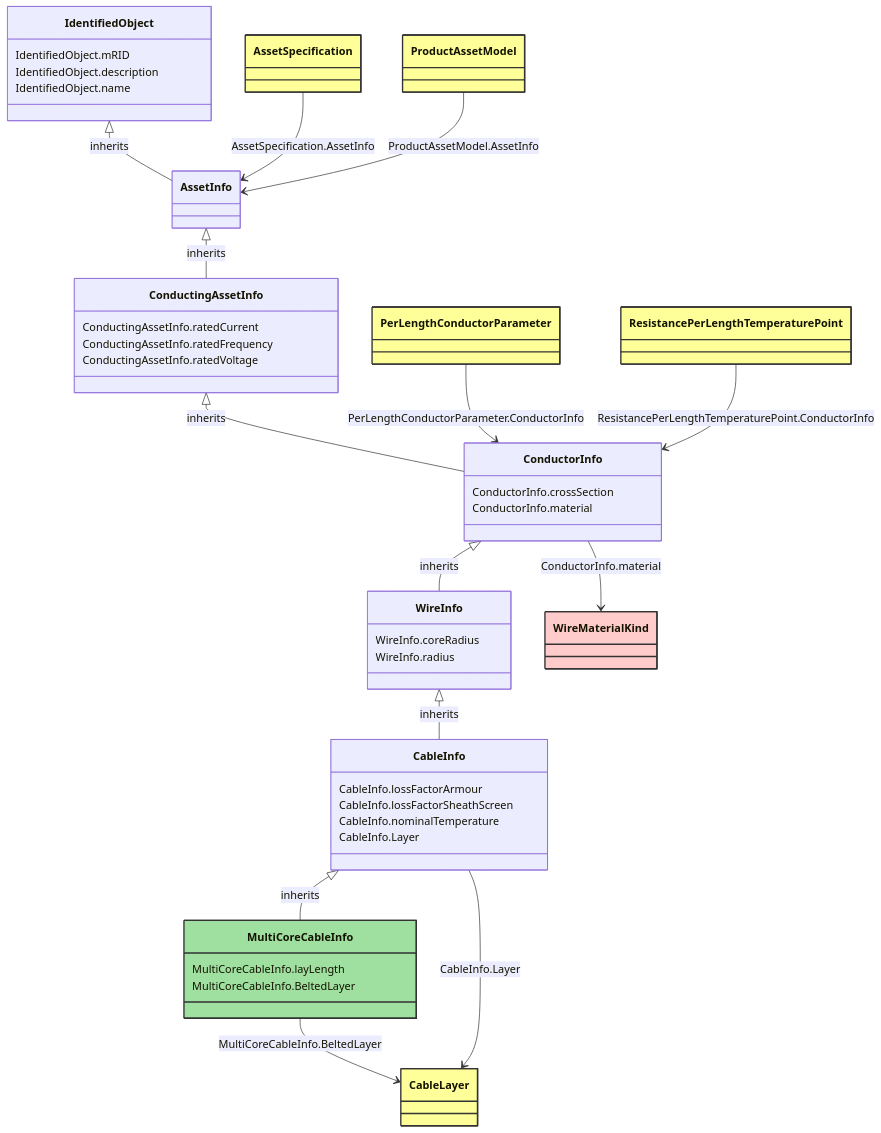
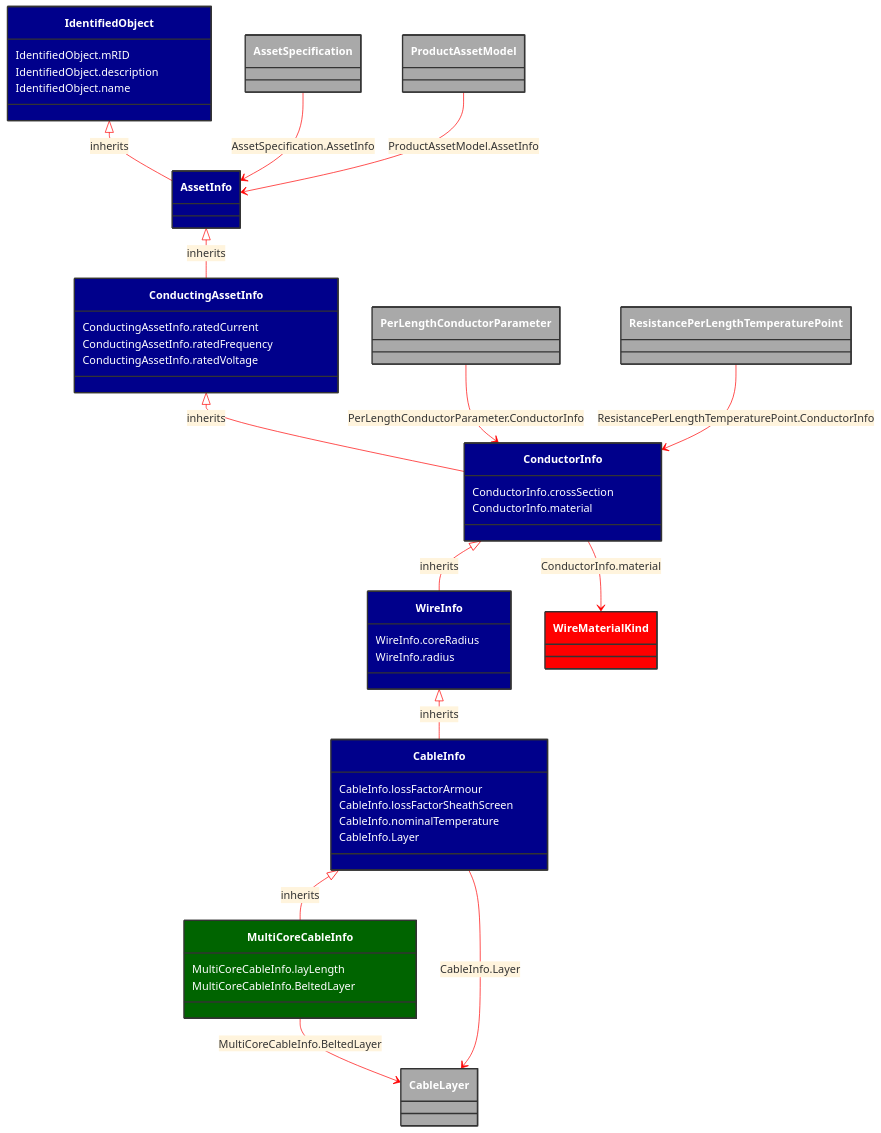
Before and after one commit to 3lbits/NoCIMExtensions: the diagram in docs/Models/Profiles/SubseaCableInfo/ConcreteClasses/MultiCoreCableInfo.md, drawn with Mermaid. The commit also changed 58 other files, not shown here.

````diff
--- a/docs/Models/Profiles/SubseaCableInfo/ConcreteClasses/MultiCoreCableInfo.md
+++ b/docs/Models/Profiles/SubseaCableInfo/ConcreteClasses/MultiCoreCableInfo.md
@@ -8,77 +8,78 @@
 ```mermaid
+%%{init: {'theme':'base','themeVariables': {'lineColor': '#FF0000'}}}%%
 classDiagram
     class MultiCoreCableInfo
     click MultiCoreCableInfo href "/Models/Profiles/SubseaCableInfo/ConcreteClasses/MultiCoreCableInfo/"
-    style MultiCoreCableInfo fill:#9fdf9f,stroke:#333,stroke-width:2px,rx:10,ry:10
+    style MultiCoreCableInfo fill:#006400,stroke:#333,stroke-width:2px,rx:10,ry:10,color:white
 
         CableInfo <|-- MultiCoreCableInfo : inherits
             click CableInfo href "/Models/Profiles/SubseaCableInfo/ConcreteClasses/CableInfo/"
-            style CableInfo rx:10,ry:10
+            style CableInfo fill:#00008B,stroke:#333,stroke-width:2px,rx:10,ry:10,color:white
 
         MultiCoreCableInfo
             click MultiCoreCableInfo href "/Models/Profiles/SubseaCableInfo/ConcreteClasses/MultiCoreCableInfo/"
-            style MultiCoreCableInfo rx:10,ry:10
+            style CableInfo fill:#00008B,stroke:#333,stroke-width:2px,rx:10,ry:10,color:white
 
         WireInfo <|-- CableInfo : inherits
             click WireInfo href "/Models/Profiles/SubseaCableInfo/AbstractClasses/WireInfo/"
-            style WireInfo rx:10,ry:10
+            style WireInfo fill:#00008B,stroke:#333,stroke-width:2px,rx:10,ry:10,color:white
 
         ConductorInfo <|-- WireInfo : inherits
             click ConductorInfo href "/Models/Profiles/SubseaCableInfo/AbstractClasses/ConductorInfo/"
-            style ConductorInfo rx:10,ry:10
+            style ConductorInfo fill:#00008B,stroke:#333,stroke-width:2px,rx:10,ry:10,color:white
 
         ConductingAssetInfo <|-- ConductorInfo : inherits
             click ConductingAssetInfo href "/Models/Profiles/SubseaCableInfo/AbstractClasses/ConductingAssetInfo/"
-            style ConductingAssetInfo rx:10,ry:10
+            style ConductingAssetInfo fill:#00008B,stroke:#333,stroke-width:2px,rx:10,ry:10,color:white
 
         AssetInfo <|-- ConductingAssetInfo : inherits
             click AssetInfo href "/Models/Profiles/SubseaCableInfo/AbstractClasses/AssetInfo/"
-            style AssetInfo rx:10,ry:10
+            style AssetInfo fill:#00008B,stroke:#333,stroke-width:2px,rx:10,ry:10,color:white
 
         IdentifiedObject <|-- AssetInfo : inherits
             click IdentifiedObject href "/Models/Profiles/SubseaCableInfo/AbstractClasses/IdentifiedObject/"
-            style IdentifiedObject rx:10,ry:10
+            style IdentifiedObject fill:#00008B,stroke:#333,stroke-width:2px,rx:10,ry:10,color:white
 
         MultiCoreCableInfo --> CableLayer : MultiCoreCableInfo.BeltedLayer
 
         CableLayer
             click CableLayer href "/Models/Profiles/SubseaCableInfo/AbstractClasses/CableLayer/"
-            style CableLayer fill:#ffff99,stroke:#333,stroke-width:2px,rx:10,ry:10
+            style CableLayer fill:#A9A9A9,stroke:#333,stroke-width:2px,rx:10,ry:10,color:white
         CableInfo --> CableLayer : CableInfo.Layer
 
         CableLayer
             click CableLayer href "/Models/Profiles/SubseaCableInfo/AbstractClasses/CableLayer/"
-            style CableLayer fill:#ffff99,stroke:#333,stroke-width:2px,rx:10,ry:10
+            style CableLayer fill:#A9A9A9,stroke:#333,stroke-width:2px,rx:10,ry:10,color:white
 
         AssetSpecification --> AssetInfo : AssetSpecification.AssetInfo
 
         AssetSpecification
             click AssetSpecification href "/Models/Profiles/SubseaCableInfo/ConcreteClasses/AssetSpecification/"
-            style AssetSpecification fill:#ffff99,stroke:#333,stroke-width:2px,rx:10,ry:10
+            style AssetSpecification fill:#A9A9A9,stroke:#333,stroke-width:2px,rx:10,ry:10,color:white
 
         PerLengthConductorParameter --> ConductorInfo : PerLengthConductorParameter.ConductorInfo
 
         PerLengthConductorParameter
             click PerLengthConductorParameter href "/Models/Profiles/SubseaCableInfo/AbstractClasses/PerLengthConductorParameter/"
-            style PerLengthConductorParameter fill:#ffff99,stroke:#333,stroke-width:2px,rx:10,ry:10
+            style PerLengthConductorParameter fill:#A9A9A9,stroke:#333,stroke-width:2px,rx:10,ry:10,color:white
 
         ProductAssetModel --> AssetInfo : ProductAssetModel.AssetInfo
 
         ProductAssetModel
             click ProductAssetModel href "/Models/Profiles/SubseaCableInfo/ConcreteClasses/ProductAssetModel/"
-            style ProductAssetModel fill:#ffff99,stroke:#333,stroke-width:2px,rx:10,ry:10
+            style ProductAssetModel fill:#A9A9A9,stroke:#333,stroke-width:2px,rx:10,ry:10,color:white
 
         ResistancePerLengthTemperaturePoint --> ConductorInfo : ResistancePerLengthTemperaturePoint.ConductorInfo
 
         ResistancePerLengthTemperaturePoint
             click ResistancePerLengthTemperaturePoint href "/Models/Profiles/SubseaCableInfo/ConcreteClasses/ResistancePerLengthTemperaturePoint/"
-            style ResistancePerLengthTemperaturePoint fill:#ffff99,stroke:#333,stroke-width:2px,rx:10,ry:10
+            style ResistancePerLengthTemperaturePoint fill:#A9A9A9,stroke:#333,stroke-width:2px,rx:10,ry:10,color:white
 
         ConductorInfo --> WireMaterialKind : ConductorInfo.material
 
         WireMaterialKind
             click WireMaterialKind href "/Models/Profiles/SubseaCableInfo/Enumerations/WireMaterialKind/"
-            style WireMaterialKind fill:#FFCCCB,stroke:#333,stroke-width:2px,rx:10,ry:10
+            style WireMaterialKind fill:#FF0000,stroke:#333,stroke-width:2px,rx:10,ry:10,color:white
 
         MultiCoreCableInfo : MultiCoreCableInfo.layLength
         MultiCoreCableInfo : MultiCoreCableInfo.BeltedLayer
````
